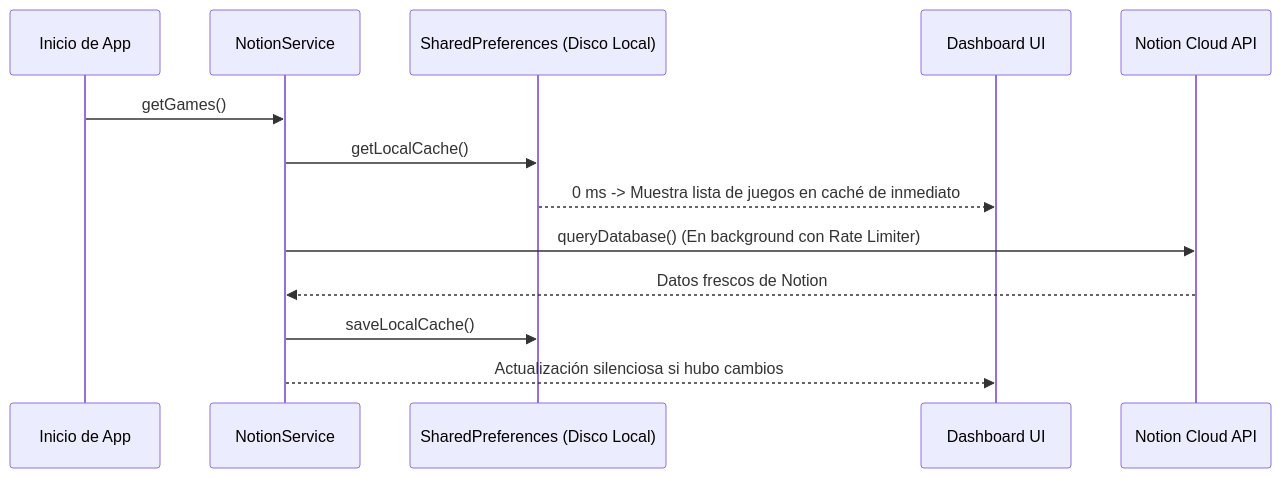
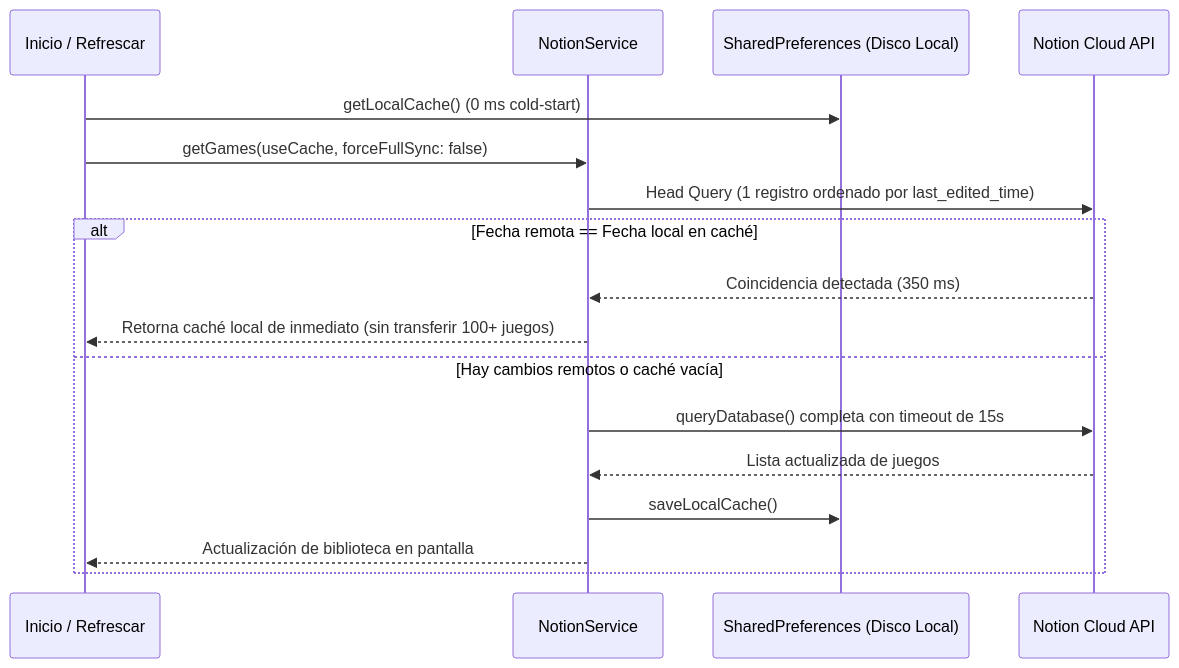
One commit to VICTOREB13/App-Game-Tracker changed the third of 3 diagrams in artifacts/architecture/architecture.md. Above: the diagram before and after it, drawn with Mermaid. The commit also changed other lines of this file and 11 other files, not shown here.

Commit message:
feat(release): v2.7.2 - light mode contrast polish, centered pagination with FAB clearance, and smart sync with notion

````diff
--- a/artifacts/architecture/architecture.md
+++ b/artifacts/architecture/architecture.md
@@ -134,16 +134,20 @@
 ```mermaid
 sequenceDiagram
-    participant App as Inicio de App
+    participant App as Inicio / Refrescar
     participant NotionSvc as NotionService
     participant Disk as SharedPreferences (Disco Local)
-    participant UI as Dashboard UI
     participant Cloud as Notion Cloud API
 
-    App->>NotionSvc: getGames()
-    NotionSvc->>Disk: getLocalCache()
-    Disk-->>UI: 0 ms -> Muestra lista de juegos en caché de inmediato
-    NotionSvc->>Cloud: queryDatabase() (En background con Rate Limiter)
-    Cloud-->>NotionSvc: Datos frescos de Notion
-    NotionSvc->>Disk: saveLocalCache()
-    NotionSvc-->>UI: Actualización silenciosa si hubo cambios
+    App->>Disk: getLocalCache() (0 ms cold-start)
+    App->>NotionSvc: getGames(useCache, forceFullSync: false)
+    NotionSvc->>Cloud: Head Query (1 registro ordenado por last_edited_time)
+    alt Fecha remota == Fecha local en caché
+        Cloud-->>NotionSvc: Coincidencia detectada (350 ms)
+        NotionSvc-->>App: Retorna caché local de inmediato (sin transferir 100+ juegos)
+    else Hay cambios remotos o caché vacía
+        NotionSvc->>Cloud: queryDatabase() completa con timeout de 15s
+        Cloud-->>NotionSvc: Lista actualizada de juegos
+        NotionSvc->>Disk: saveLocalCache()
+        NotionSvc-->>App: Actualización de biblioteca en pantalla
+    end
 ```
````
